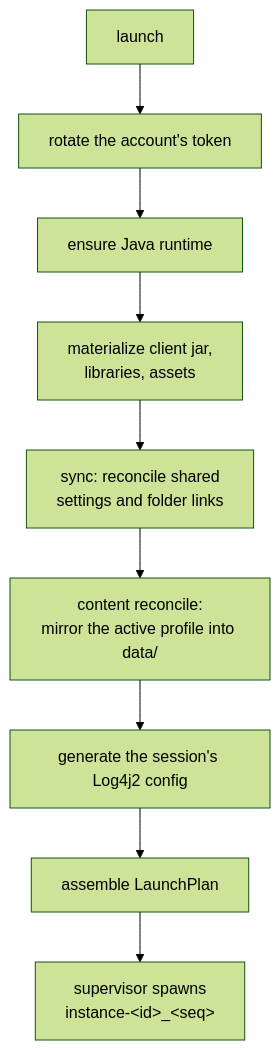
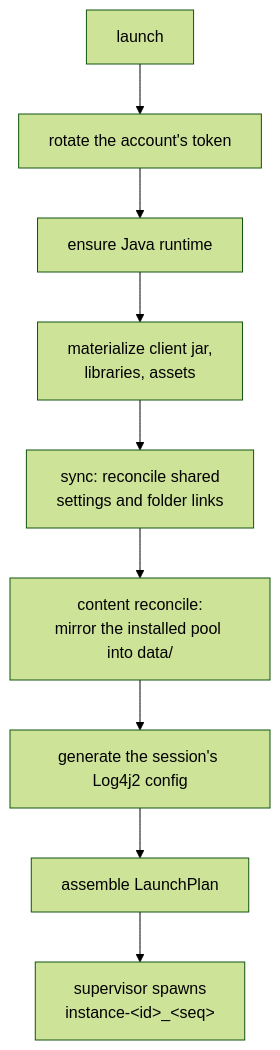
One commit to toraaoo/hestia changed the third of 5 diagrams in docs/architecture/entries.md. Above: the diagram before and after it, drawn with Mermaid (forest theme). The commit also changed other lines of this file and 218 other files, not shown here.

````diff
--- a/docs/architecture/entries.md
+++ b/docs/architecture/entries.md
@@ -154,11 +152,11 @@
 ```mermaid
 flowchart TD
     L["launch"] --> ACC["rotate the account's token"]
     ACC --> J["ensure Java runtime"]
     J --> MAT["materialize client jar,<br/>libraries, assets"]
     MAT --> SYNC["sync: reconcile shared<br/>settings and folder links"]
-    SYNC --> MIRROR["content reconcile:<br/>mirror the active profile into data/"]
+    SYNC --> MIRROR["content reconcile:<br/>mirror the installed pool into data/"]
     MIRROR --> LOG["generate the session's Log4j2 config"]
     LOG --> PLAN["assemble LaunchPlan"]
     PLAN --> SPAWN["supervisor spawns<br/>instance-&lt;id&gt;_&lt;seq&gt;"]
 ```
````
